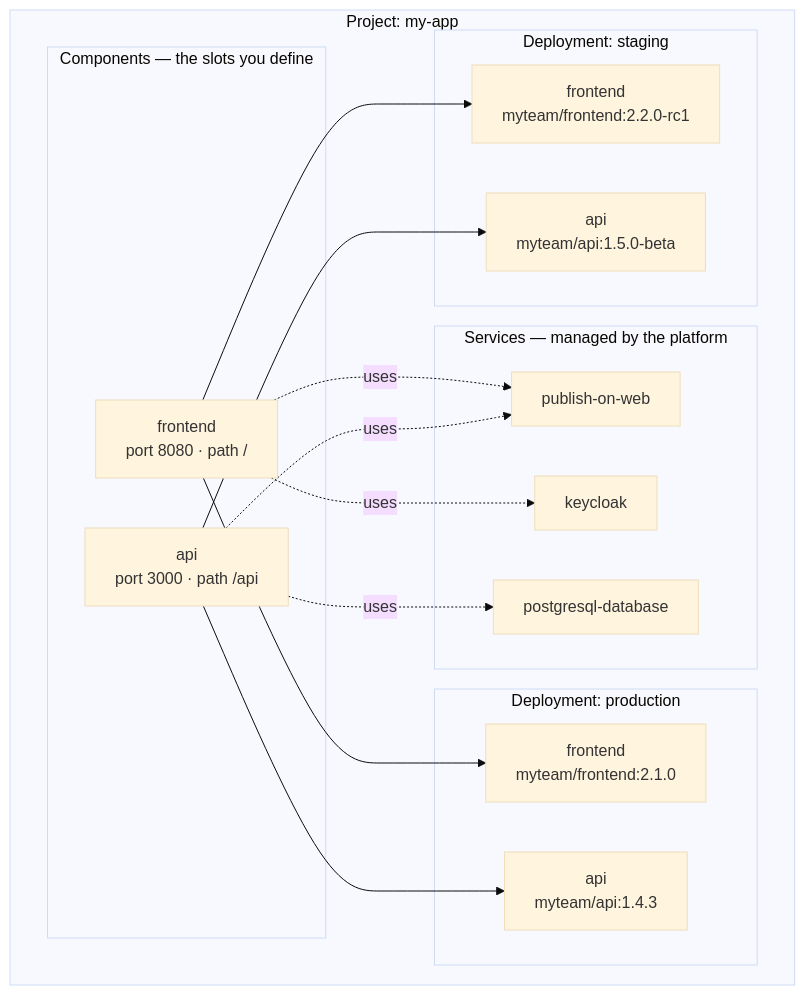
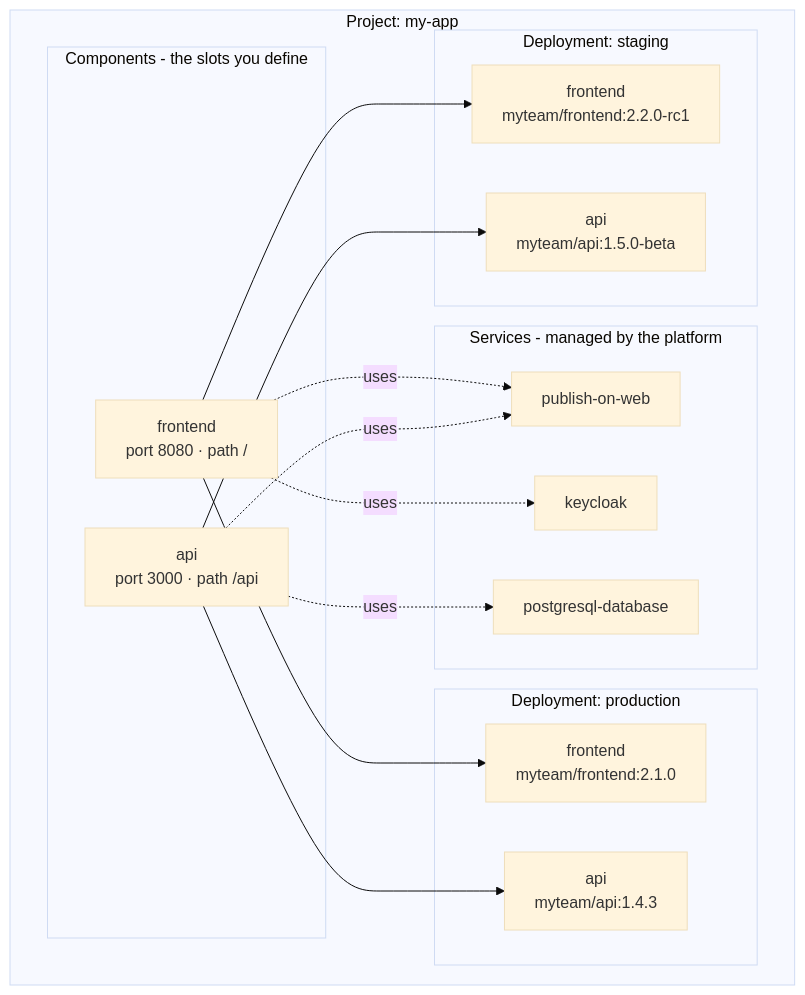
Before and after one commit to RijksICTGilde/RIG-Cluster: the first of 5 diagrams in features/components-services-deployments.md, drawn with Mermaid (base theme). The commit also changed other lines of this file and 2 other files, not shown here.

````diff
--- a/features/components-services-deployments.md
+++ b/features/components-services-deployments.md
@@ -18,36 +18,36 @@
 ```mermaid
 graph TD
     subgraph "Project: my-app"
 
-        subgraph "Services — managed by the platform"
+        subgraph "Services - managed by the platform"
             S1["publish-on-web"]
             S2["keycloak"]
             S3["postgresql-database"]
         end
 
-        subgraph "Components — the slots you define"
+        subgraph "Components - the slots you define"
             Frontend["frontend\nport 8080 · path /"]
             API["api\nport 3000 · path /api"]
         end
 
         Frontend -. "uses" .-> S1
         Frontend -. "uses" .-> S2
         API -. "uses" .-> S1
         API -. "uses" .-> S3
 
         subgraph "Deployment: production"
             D1["frontend\nmyteam/frontend:2.1.0"]
             D2["api\nmyteam/api:1.4.3"]
         end
 
         subgraph "Deployment: staging"
             D3["frontend\nmyteam/frontend:2.2.0-rc1"]
             D4["api\nmyteam/api:1.5.0-beta"]
         end
 
         Frontend --> D1
         Frontend --> D3
         API --> D2
         API --> D4
     end
 ```
````
